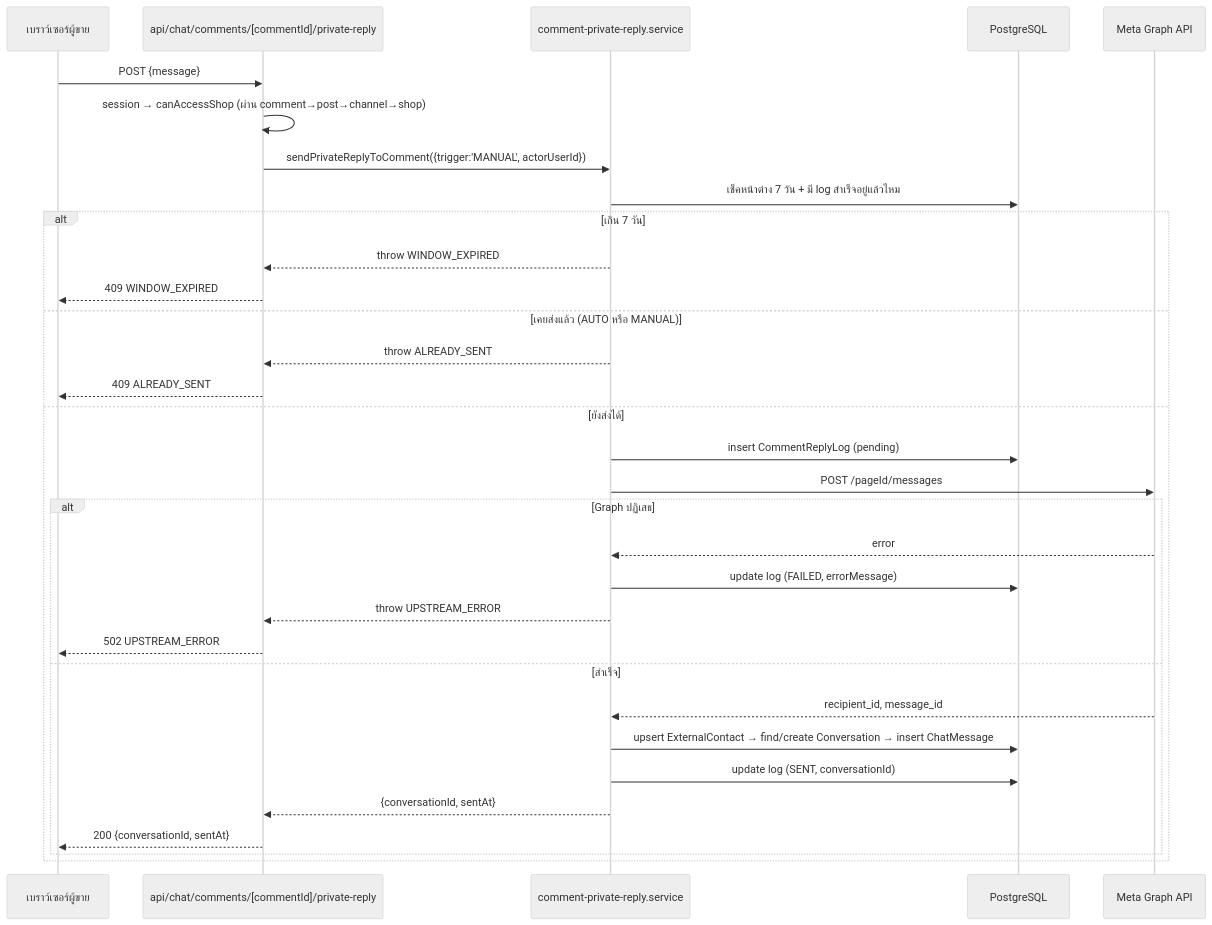
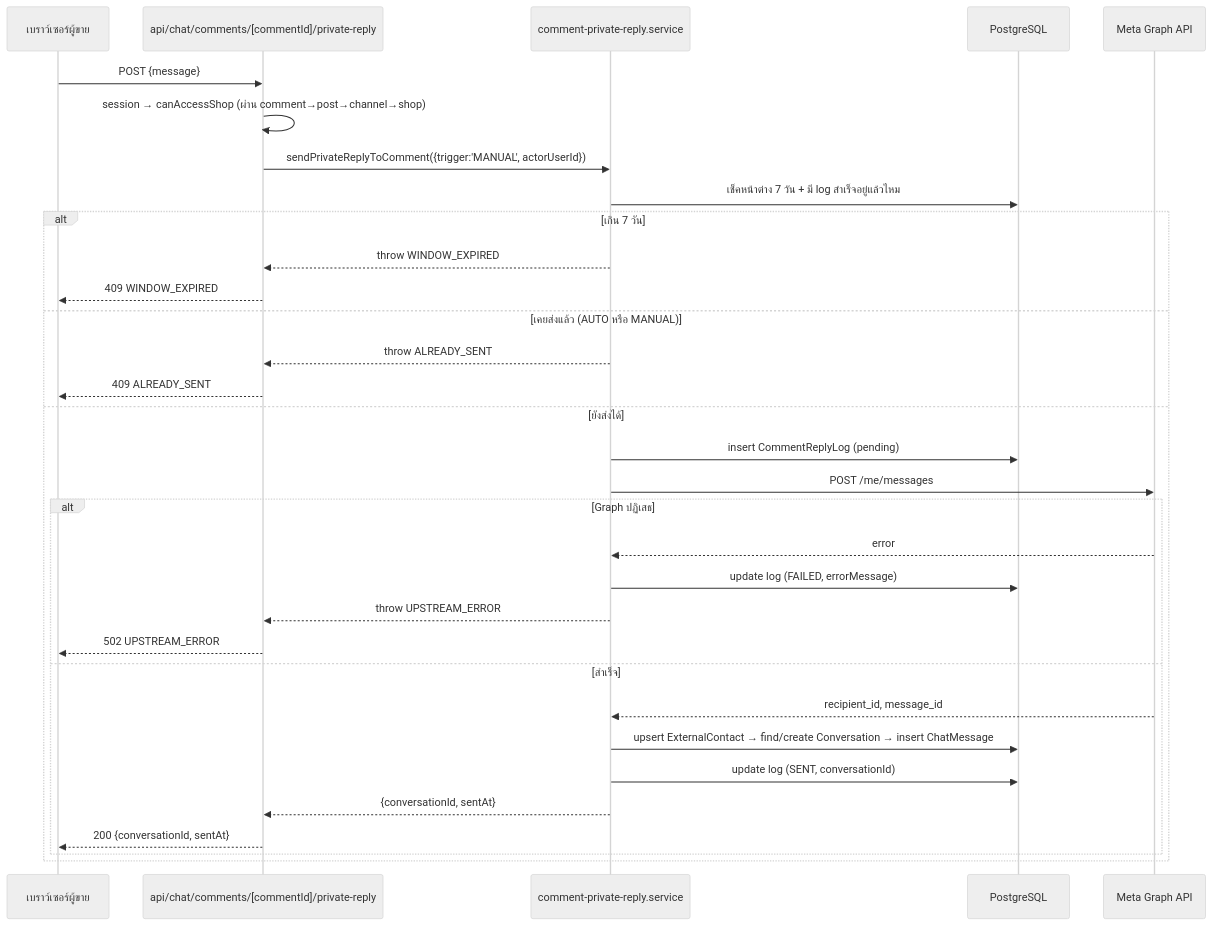
One commit to CodeCooLTH/deep-web changed the diagram in docs/20 - Features/00038 - Comment Auto-Reply/API.md. Above: the diagram before and after it, drawn with Mermaid (neutral theme). The commit also changed other lines of this file and 4 other files, not shown here.

````diff
--- a/docs/20 - Features/00038 - Comment Auto-Reply/API.md
+++ b/docs/20 - Features/00038 - Comment Auto-Reply/API.md
@@ -303,35 +311,35 @@
 ```mermaid
 sequenceDiagram
     participant Seller as เบราว์เซอร์ผู้ขาย
     participant API as api/chat/comments/[commentId]/private-reply
     participant PRS as comment-private-reply.service
     participant DB as PostgreSQL
     participant G as Meta Graph API
 
     Seller->>API: POST {message}
     API->>API: session → canAccessShop (ผ่าน comment→post→channel→shop)
     API->>PRS: sendPrivateReplyToComment({trigger:'MANUAL', actorUserId})
     PRS->>DB: เช็คหน้าต่าง 7 วัน + มี log สำเร็จอยู่แล้วไหม
     alt เกิน 7 วัน
         PRS-->>API: throw WINDOW_EXPIRED
         API-->>Seller: 409 WINDOW_EXPIRED
     else เคยส่งแล้ว (AUTO หรือ MANUAL)
         PRS-->>API: throw ALREADY_SENT
         API-->>Seller: 409 ALREADY_SENT
     else ยังส่งได้
         PRS->>DB: insert CommentReplyLog (pending)
-        PRS->>G: POST /pageId/messages
+        PRS->>G: POST /me/messages
         alt Graph ปฏิเสธ
             G-->>PRS: error
             PRS->>DB: update log (FAILED, errorMessage)
             PRS-->>API: throw UPSTREAM_ERROR
             API-->>Seller: 502 UPSTREAM_ERROR
         else สำเร็จ
             G-->>PRS: recipient_id, message_id
             PRS->>DB: upsert ExternalContact → find/create Conversation → insert ChatMessage
             PRS->>DB: update log (SENT, conversationId)
             PRS-->>API: {conversationId, sentAt}
             API-->>Seller: 200 {conversationId, sentAt}
         end
     end
 ```
````
